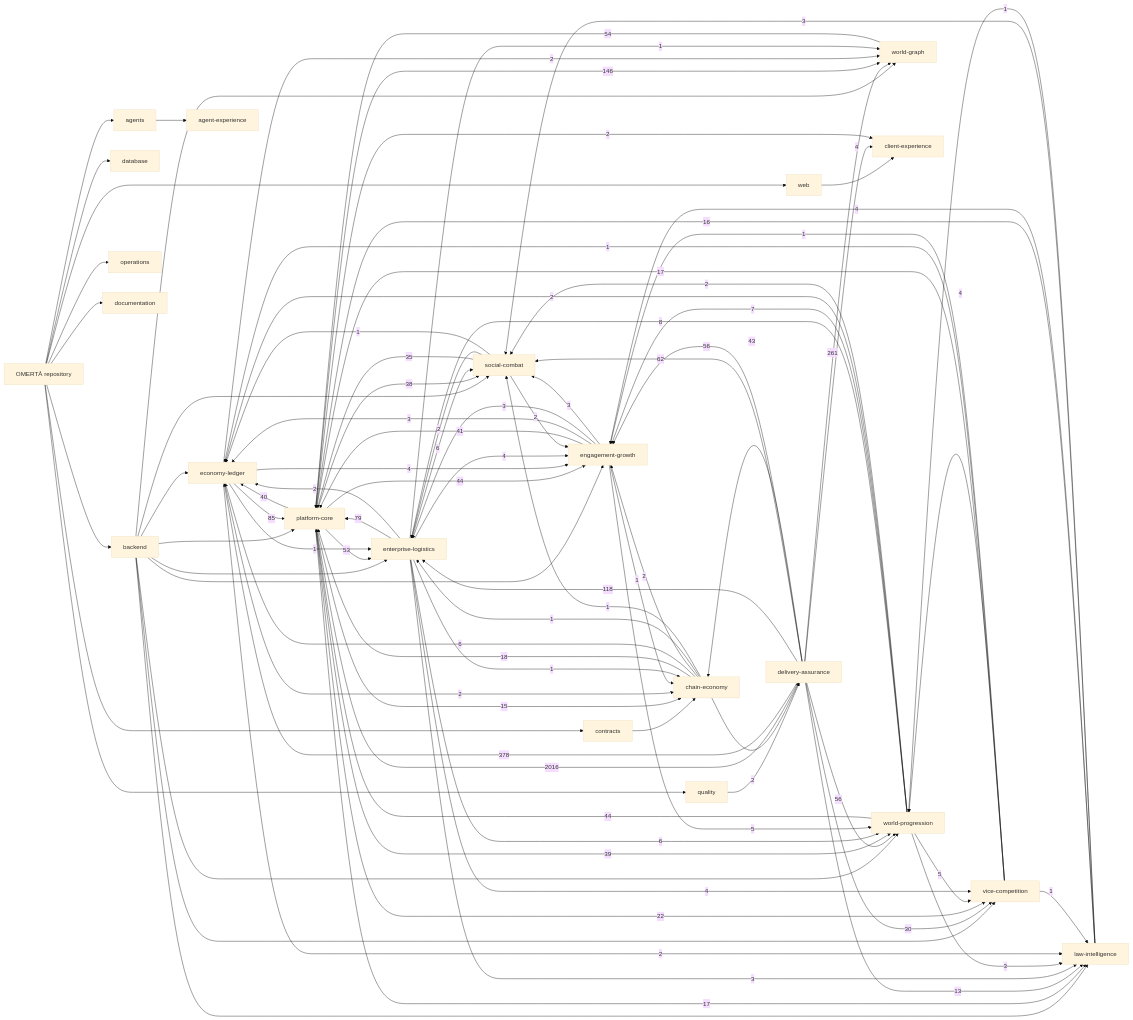
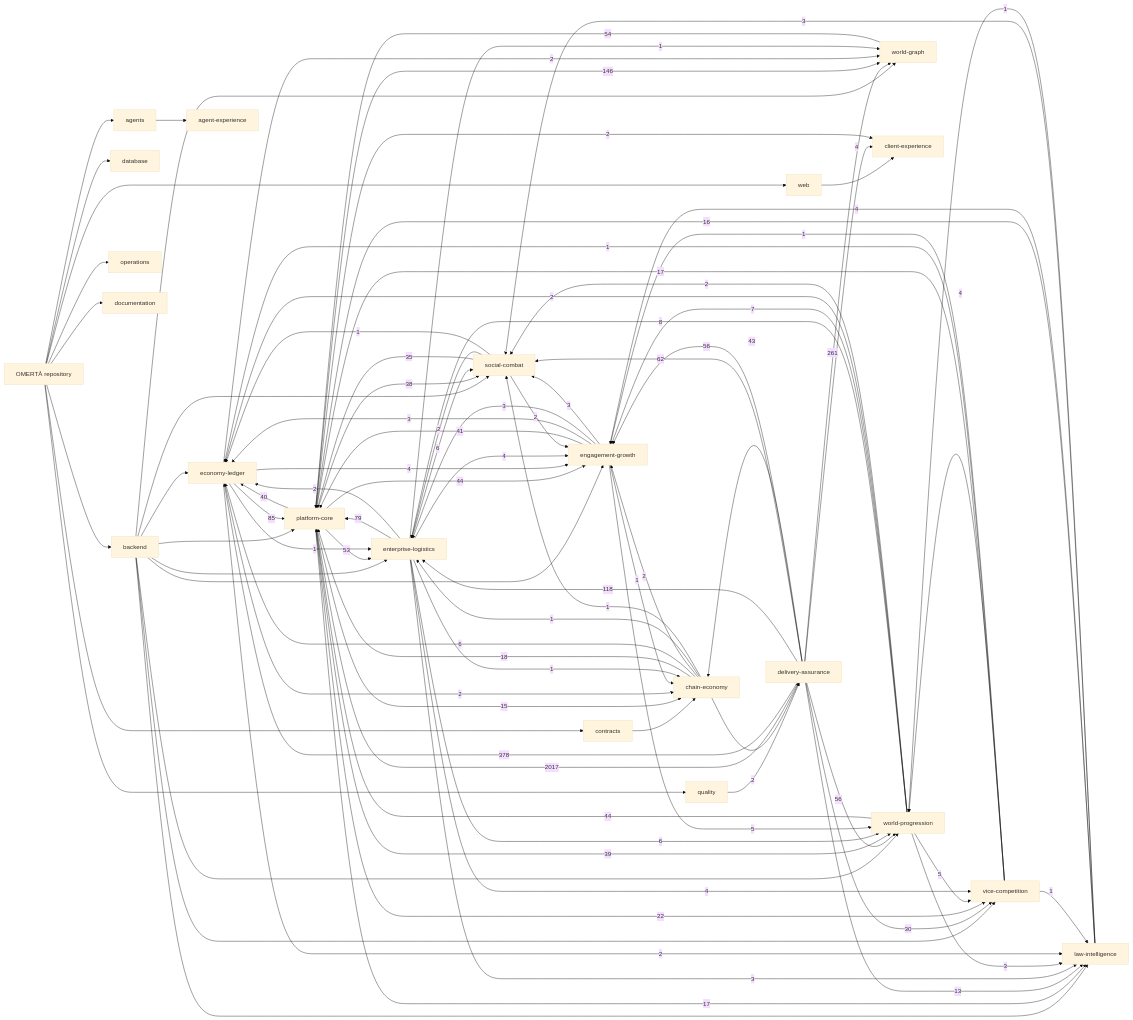
Before and after one commit to OmertaDev/Omerta: the diagram in knowledge/generated/graph.mmd, drawn with Mermaid (base theme). The commit also changed 7 other files, not shown here.

```diff
--- a/knowledge/generated/graph.mmd
+++ b/knowledge/generated/graph.mmd
@@ -1,113 +1,113 @@
 flowchart LR
   repo["OMERTÀ repository"]
   sub_backend["backend"]
   repo --> sub_backend
   sub_database["database"]
   repo --> sub_database
   sub_web["web"]
   repo --> sub_web
   sub_contracts["contracts"]
   repo --> sub_contracts
   sub_agents["agents"]
   repo --> sub_agents
   sub_quality["quality"]
   repo --> sub_quality
   sub_operations["operations"]
   repo --> sub_operations
   sub_documentation["documentation"]
   repo --> sub_documentation
   dom_platform-core["platform-core"]
   dom_economy-ledger["economy-ledger"]
   dom_social-combat["social-combat"]
   dom_world-progression["world-progression"]
   dom_world-graph["world-graph"]
   dom_enterprise-logistics["enterprise-logistics"]
   dom_vice-competition["vice-competition"]
   dom_law-intelligence["law-intelligence"]
   dom_chain-economy["chain-economy"]
   dom_engagement-growth["engagement-growth"]
   dom_client-experience["client-experience"]
   dom_agent-experience["agent-experience"]
   dom_delivery-assurance["delivery-assurance"]
   sub_agents --> dom_agent-experience
   sub_backend --> dom_economy-ledger
   sub_backend --> dom_engagement-growth
   sub_backend --> dom_enterprise-logistics
   sub_backend --> dom_law-intelligence
   sub_backend --> dom_platform-core
   sub_backend --> dom_social-combat
   sub_backend --> dom_vice-competition
   sub_backend --> dom_world-graph
   sub_backend --> dom_world-progression
   sub_contracts --> dom_chain-economy
   sub_quality --> dom_delivery-assurance
   sub_web --> dom_client-experience
-  dom_delivery-assurance -->|2016| dom_platform-core
+  dom_delivery-assurance -->|2017| dom_platform-core
   dom_delivery-assurance -->|378| dom_economy-ledger
   dom_delivery-assurance -->|261| dom_world-graph
   dom_platform-core -->|146| dom_world-graph
   dom_delivery-assurance -->|118| dom_enterprise-logistics
   dom_economy-ledger -->|85| dom_platform-core
   dom_enterprise-logistics -->|79| dom_platform-core
   dom_delivery-assurance -->|62| dom_social-combat
   dom_delivery-assurance -->|56| dom_engagement-growth
   dom_delivery-assurance -->|56| dom_world-progression
   dom_world-graph -->|54| dom_platform-core
   dom_platform-core -->|53| dom_enterprise-logistics
   dom_platform-core -->|44| dom_engagement-growth
   dom_world-progression -->|44| dom_platform-core
   dom_delivery-assurance -->|43| dom_chain-economy
   dom_engagement-growth -->|41| dom_platform-core
   dom_platform-core -->|40| dom_economy-ledger
   dom_platform-core -->|39| dom_world-progression
   dom_platform-core -->|38| dom_social-combat
   dom_social-combat -->|35| dom_platform-core
   dom_delivery-assurance -->|30| dom_vice-competition
   dom_platform-core -->|22| dom_vice-competition
   dom_chain-economy -->|18| dom_platform-core
   dom_platform-core -->|17| dom_law-intelligence
   dom_vice-competition -->|17| dom_platform-core
   dom_law-intelligence -->|16| dom_platform-core
   dom_platform-core -->|15| dom_chain-economy
   dom_delivery-assurance -->|13| dom_law-intelligence
   dom_world-progression -->|8| dom_enterprise-logistics
   dom_world-progression -->|7| dom_engagement-growth
   dom_chain-economy -->|6| dom_economy-ledger
   dom_enterprise-logistics -->|6| dom_social-combat
   dom_enterprise-logistics -->|6| dom_world-progression
   dom_engagement-growth -->|5| dom_world-progression
   dom_world-progression -->|5| dom_vice-competition
   dom_delivery-assurance -->|4| dom_client-experience
   dom_economy-ledger -->|4| dom_engagement-growth
   dom_enterprise-logistics -->|4| dom_engagement-growth
   dom_enterprise-logistics -->|4| dom_vice-competition
   dom_law-intelligence -->|4| dom_engagement-growth
   dom_vice-competition -->|4| dom_world-progression
   dom_engagement-growth -->|3| dom_economy-ledger
   dom_engagement-growth -->|3| dom_enterprise-logistics
   dom_engagement-growth -->|3| dom_social-combat
   dom_enterprise-logistics -->|3| dom_law-intelligence
   dom_law-intelligence -->|3| dom_social-combat
   dom_world-progression -->|3| dom_law-intelligence
   dom_chain-economy -->|2| dom_delivery-assurance
   dom_chain-economy -->|2| dom_engagement-growth
   dom_economy-ledger -->|2| dom_chain-economy
   dom_economy-ledger -->|2| dom_law-intelligence
   dom_economy-ledger -->|2| dom_world-graph
   dom_enterprise-logistics -->|2| dom_economy-ledger
   dom_platform-core -->|2| dom_client-experience
   dom_social-combat -->|2| dom_engagement-growth
   dom_social-combat -->|2| dom_enterprise-logistics
   dom_world-progression -->|2| dom_economy-ledger
   dom_world-progression -->|2| dom_social-combat
   dom_chain-economy -->|1| dom_enterprise-logistics
   dom_chain-economy -->|1| dom_social-combat
   dom_economy-ledger -->|1| dom_enterprise-logistics
   dom_engagement-growth -->|1| dom_chain-economy
   dom_enterprise-logistics -->|1| dom_chain-economy
   dom_enterprise-logistics -->|1| dom_world-graph
   dom_law-intelligence -->|1| dom_world-progression
   dom_social-combat -->|1| dom_economy-ledger
   dom_vice-competition -->|1| dom_economy-ledger
   dom_vice-competition -->|1| dom_engagement-growth
   dom_vice-competition -->|1| dom_law-intelligence
```
